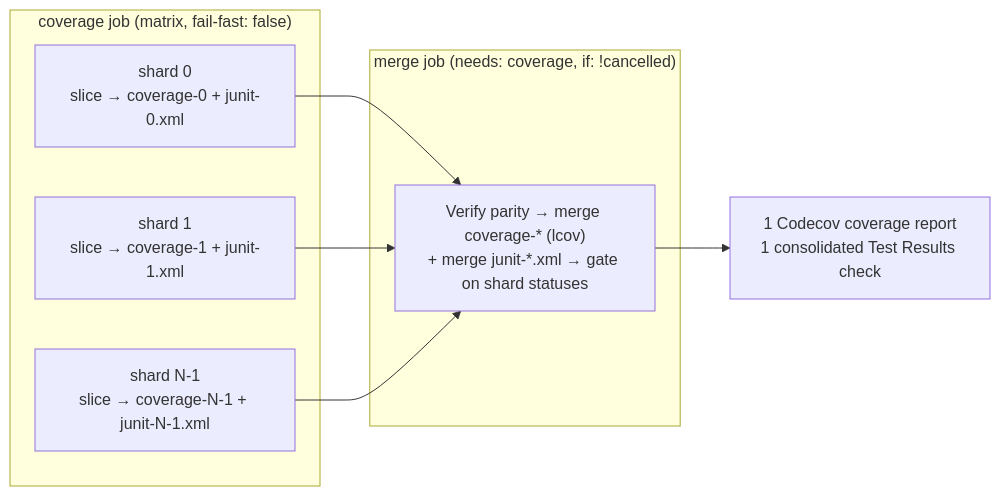
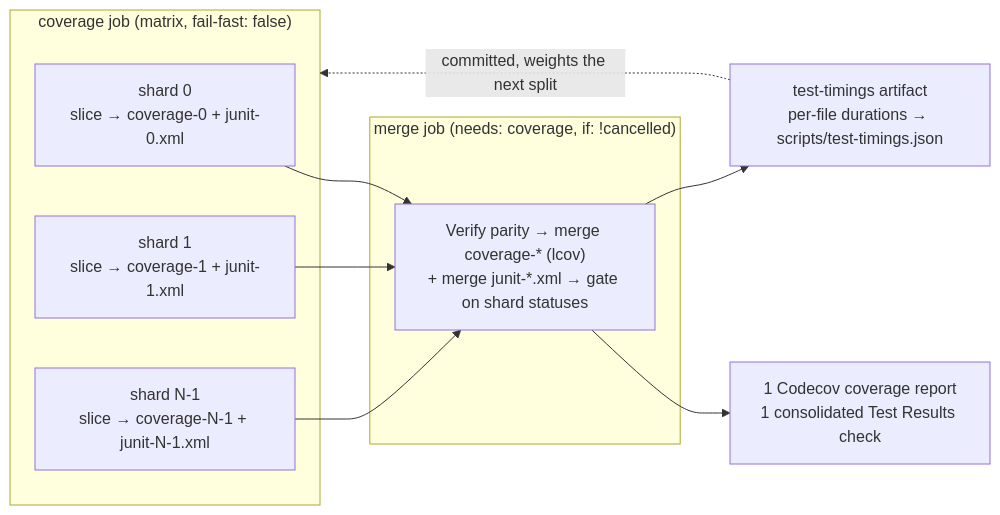
The first of 4 diagrams in docs/troubleshooting/CI.md (stSoftwareAU/NEAT-AI), drawn with Mermaid before and after one commit. The commit also changed other lines of this file and 7 other files, not shown here.

````diff
--- a/docs/troubleshooting/CI.md
+++ b/docs/troubleshooting/CI.md
@@ -18,15 +52,17 @@
 ```mermaid
 flowchart LR
     subgraph coverage["coverage job (matrix, fail-fast: false)"]
         S0["shard 0<br/>slice → coverage-0 + junit-0.xml"]
         S1["shard 1<br/>slice → coverage-1 + junit-1.xml"]
         SN["shard N-1<br/>slice → coverage-N-1 + junit-N-1.xml"]
     end
     S0 --> M
     S1 --> M
     SN --> M
     subgraph merge["merge job (needs: coverage, if: !cancelled)"]
         M["Verify parity → merge coverage-* (lcov)<br/>+ merge junit-*.xml → gate on shard statuses"]
     end
     M --> C["1 Codecov coverage report<br/>1 consolidated Test Results check"]
+    M --> T["test-timings artifact<br/>per-file durations → scripts/test-timings.json"]
+    T -. "committed, weights the next split" .-> coverage
 ```
````
